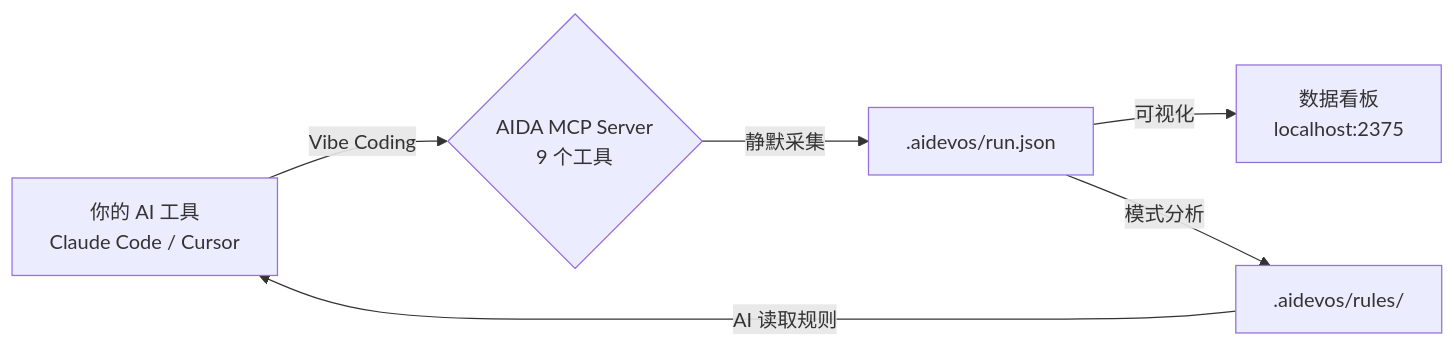
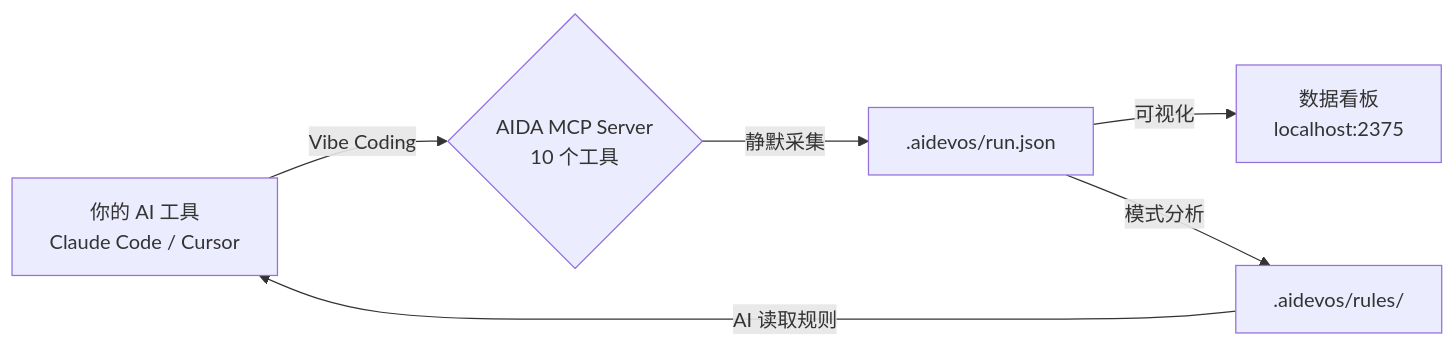
One commit to LWTlong/aida changed the diagram in README.zh-CN.md. Above: the diagram before and after it, drawn with Mermaid. The commit also changed other lines of this file and 14 other files, not shown here.

First line of the commit message:
feat: add aida_log_rule MCP tool and guide system for closed-loop rule sedimentation

````diff
--- a/README.zh-CN.md
+++ b/README.zh-CN.md
@@ -234,8 +252,8 @@
 ```mermaid
 flowchart LR
-    A["你的 AI 工具\nClaude Code / Cursor"] -->|Vibe Coding| B{"AIDA MCP Server\n9 个工具"}
+    A["你的 AI 工具\nClaude Code / Cursor"] -->|Vibe Coding| B{"AIDA MCP Server\n10 个工具"}
     B -->|静默采集| C[".aidevos/run.json"]
     C -->|可视化| D["数据看板\nlocalhost:2375"]
     C -->|模式分析| E[".aidevos/rules/"]
     E -->|AI 读取规则| A
 ```
````
